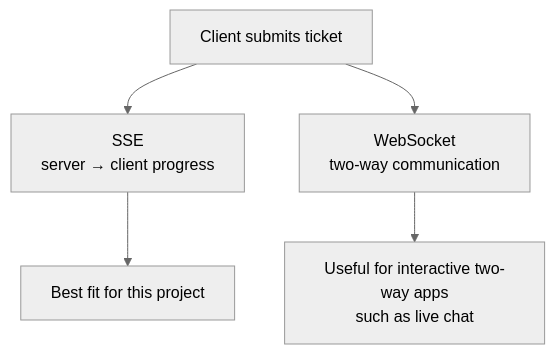
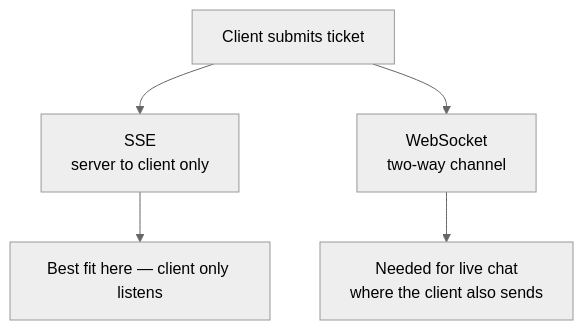
One commit to Aman-srivastav24/ai-support-triage changed diagram 13 of 18 in docs/DAY_04_LEARNINGS.md. Above: the diagram before and after it, drawn with Mermaid (neutral theme). The commit also changed other lines of this file, not shown here.

````diff
--- a/docs/DAY_04_LEARNINGS.md
+++ b/docs/DAY_04_LEARNINGS.md
@@ -784,10 +784,7 @@
 ```mermaid
 flowchart TB
-    A[Client submits ticket] --> B[SSE
-server → client progress]
-    A --> C[WebSocket
-two-way communication]
-    B --> D[Best fit for this project]
-    C --> E[Useful for interactive two-way apps
-such as live chat]
+    A["Client submits ticket"] --> B["SSE<br/>server to client only"]
+    A --> C["WebSocket<br/>two-way channel"]
+    B --> D["Best fit here — client only listens"]
+    C --> E["Needed for live chat<br/>where the client also sends"]
 ```
````
